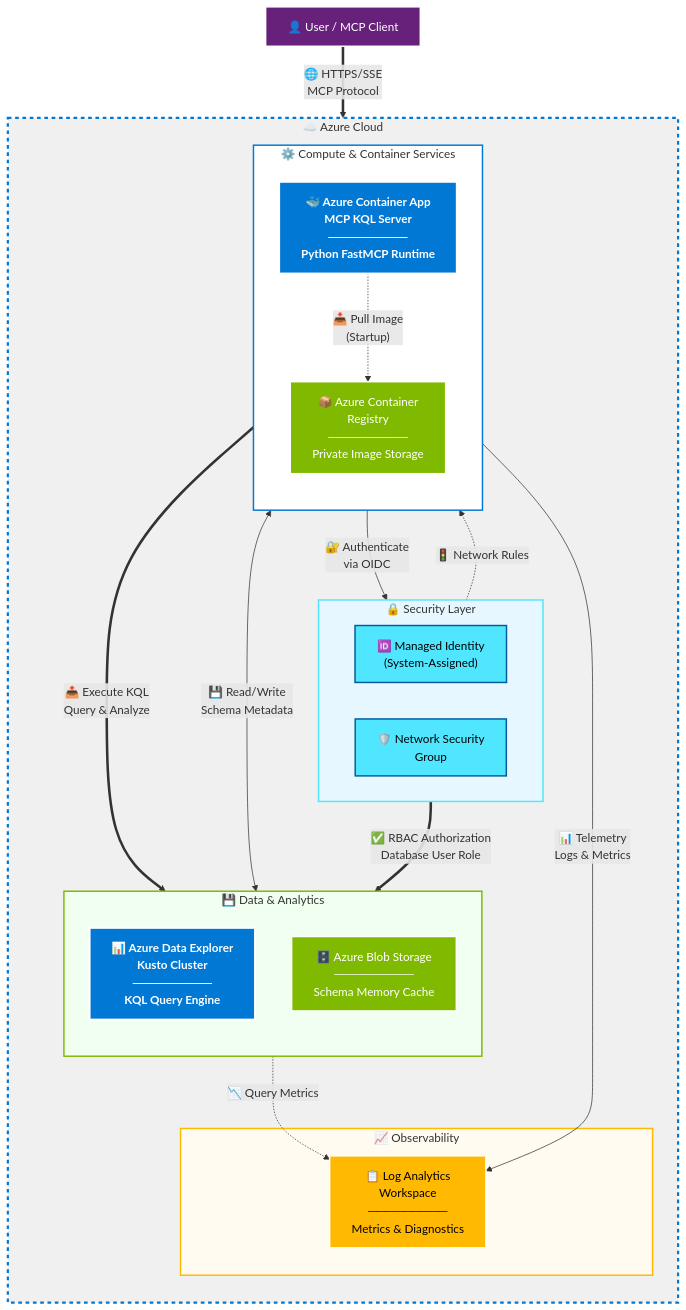
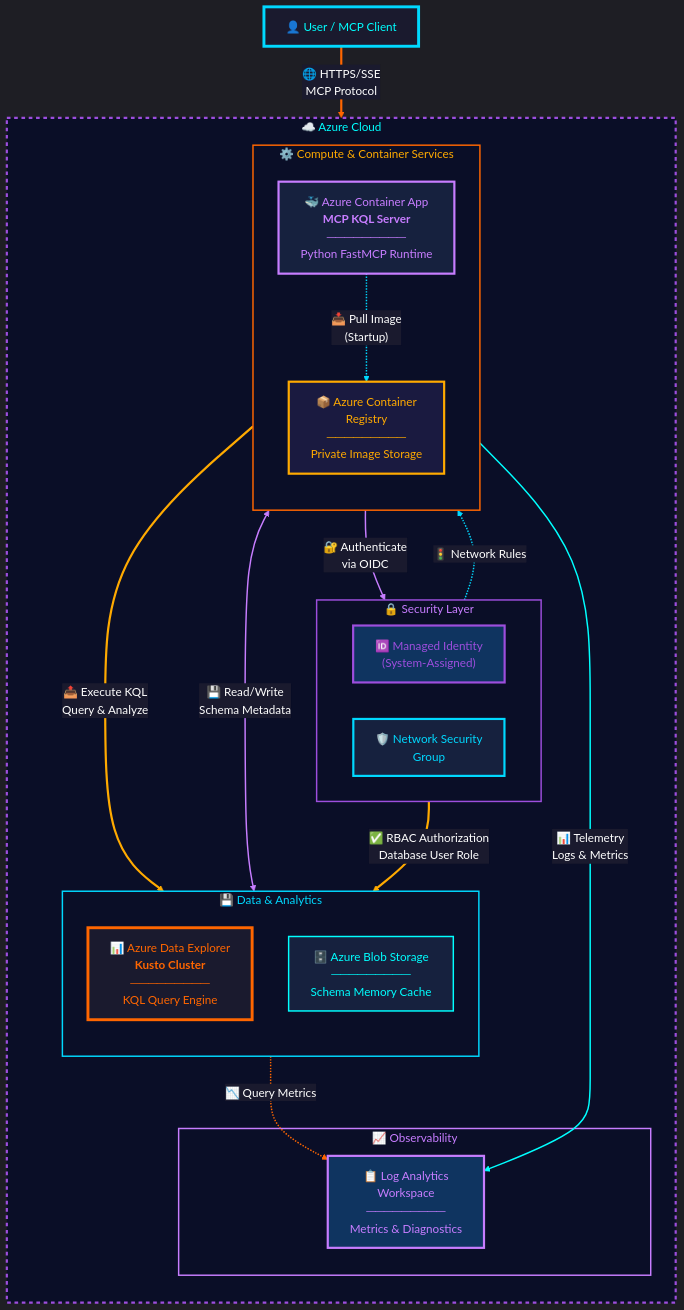
Before and after one commit to 4R9UN/mcp-kql-server: the diagram in deployment/README.md, drawn with Mermaid. The commit also changed 1 other file, not shown here.

Commit message:
feat: Update version to 2.0.9 in constants and server configuration

````diff
--- a/deployment/README.md
+++ b/deployment/README.md
@@ -9,4 +9,26 @@
 ```mermaid
+%%{init: {'theme':'dark', 'themeVariables': {
+  'primaryColor':'#1a1a2e',
+  'primaryTextColor':'#00d9ff',
+  'primaryBorderColor':'#00d9ff',
+  'secondaryColor':'#16213e',
+  'secondaryTextColor':'#c77dff',
+  'secondaryBorderColor':'#c77dff',
+  'tertiaryColor':'#0f3460',
+  'tertiaryTextColor':'#ffaa00',
+  'tertiaryBorderColor':'#ffaa00',
+  'lineColor':'#00d9ff',
+  'textColor':'#ffffff',
+  'mainBkg':'#0a0e27',
+  'nodeBorder':'#00d9ff',
+  'clusterBkg':'#16213e',
+  'clusterBorder':'#9d4edd',
+  'titleColor':'#00ffff',
+  'edgeLabelBackground':'#1a1a2e',
+  'fontFamily':'Inter, Segoe UI, sans-serif',
+  'fontSize':'16px',
+  'flowchart':{'nodeSpacing':60, 'rankSpacing':80, 'curve':'basis', 'padding':20}
+}}}%%
 graph TB
     User["👤 User / MCP Client"]
     
@@ -55,23 +77,30 @@
     ACA -->|"📊 Telemetry<br/>Logs & Metrics"| Logs
     Kusto -.->|"📉 Query Metrics"| Logs
     
-    %% Styling
-    classDef primary fill:#0078d4,stroke:#fff,stroke-width:3px,color:#fff,font-weight:bold
-    classDef security fill:#50e6ff,stroke:#005a9e,stroke-width:2px,color:#000
-    classDef storage fill:#7fba00,stroke:#fff,stroke-width:2px,color:#fff
-    classDef monitor fill:#ffb900,stroke:#fff,stroke-width:2px,color:#000
-    classDef user fill:#68217a,stroke:#fff,stroke-width:2px,color:#fff
-    classDef container fill:#0078d4,stroke:#fff,stroke-width:2px,color:#fff
+    %% Styling - Using cyberpunk palette
+    style User fill:#1a1a2e,stroke:#00d9ff,stroke-width:4px,color:#00ffff
+    style ACA fill:#16213e,stroke:#c77dff,stroke-width:3px,color:#c77dff
+    style ACR fill:#1a1a40,stroke:#ffaa00,stroke-width:3px,color:#ffaa00
+    style MI fill:#0f3460,stroke:#9d4edd,stroke-width:3px,color:#9d4edd
+    style NSG fill:#16213e,stroke:#00d9ff,stroke-width:3px,color:#00d9ff
+    style Kusto fill:#1a1a2e,stroke:#ff6600,stroke-width:4px,color:#ff6600
+    style Storage fill:#16213e,stroke:#00ffff,stroke-width:2px,color:#00ffff
+    style Logs fill:#0f3460,stroke:#c77dff,stroke-width:3px,color:#c77dff
     
-    class ACA,Kusto primary
-    class MI,NSG security
-    class Storage,ACR storage
-    class Logs monitor
-    class User user
+    style Azure fill:#0a0e27,stroke:#9d4edd,stroke-width:3px,stroke-dasharray: 5 5,color:#00ffff
+    style Security fill:#0a0e27,stroke:#9d4edd,stroke-width:2px,color:#c77dff
+    style Compute fill:#0a0e27,stroke:#ff6600,stroke-width:2px,color:#ffaa00
+    style Data fill:#0a0e27,stroke:#00d9ff,stroke-width:2px,color:#00d9ff
+    style Monitor fill:#0a0e27,stroke:#c77dff,stroke-width:2px,color:#c77dff
     
-    style Azure fill:#f0f0f0,stroke:#0078d4,stroke-width:3px,stroke-dasharray: 5 5
-    style Security fill:#e6f7ff,stroke:#50e6ff,stroke-width:2px
-    style Compute fill:#fff,stroke:#0078d4,stroke-width:2px
-    style Data fill:#f0fff0,stroke:#7fba00,stroke-width:2px
-    style Monitor fill:#fffbf0,stroke:#ffb900,stroke-width:2px
+    %% Vibrant Connection Colors
+    linkStyle 0 stroke:#ff6600,stroke-width:3px
+    linkStyle 1 stroke:#00d9ff,stroke-width:2px
+    linkStyle 2 stroke:#c77dff,stroke-width:2px
+    linkStyle 3 stroke:#ffaa00,stroke-width:3px
+    linkStyle 4 stroke:#00d9ff,stroke-width:2px
+    linkStyle 5 stroke:#ffaa00,stroke-width:3px
+    linkStyle 6 stroke:#c77dff,stroke-width:2px
+    linkStyle 7 stroke:#00ffff,stroke-width:2px
+    linkStyle 8 stroke:#ff6600,stroke-width:2px
 ```
````
